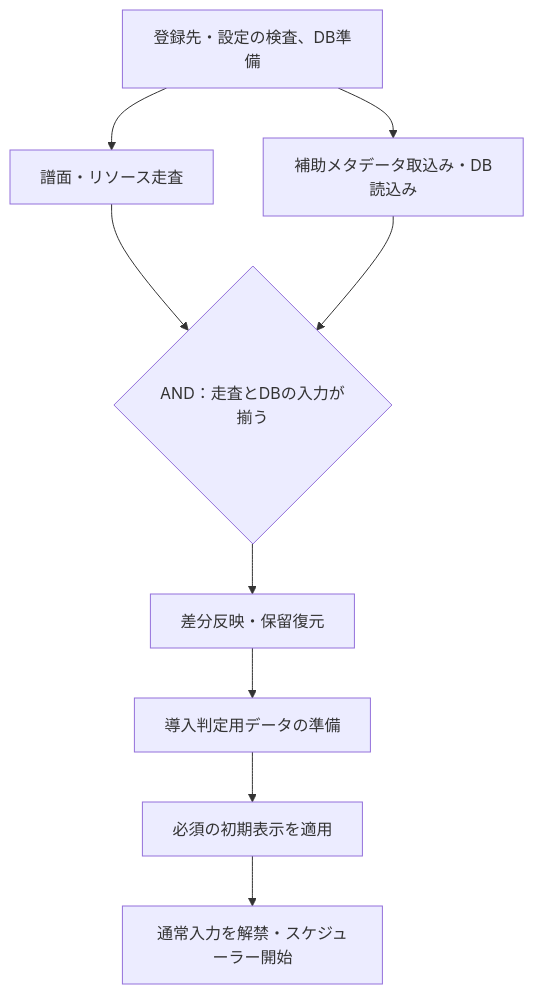
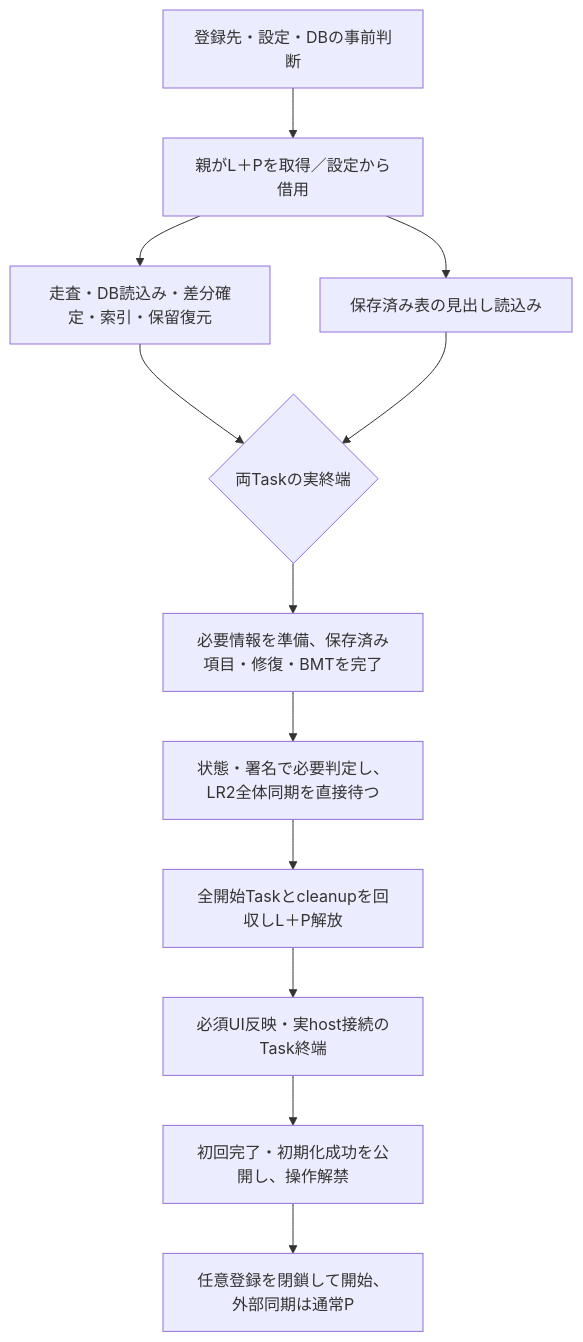
Before and after one commit to Neeted/bemusicseeker-unofficial-fork: the first of 2 diagrams in devdocs/spec/runtime/startup.md, drawn with Mermaid. The commit also changed other lines of this file and 119 other files, not shown here.

````diff
--- a/devdocs/spec/runtime/startup.md
+++ b/devdocs/spec/runtime/startup.md
@@ -36,11 +17,14 @@
 ```mermaid
 flowchart TB
-    Prepare["登録先・設定の検査、DB準備"] --> Scan["譜面・リソース走査"]
-    Prepare --> Load["補助メタデータ取込み・DB読込み"]
-    Scan --> Inputs{"AND：走査とDBの入力が揃う"}
-    Load --> Inputs
-    Inputs --> Apply["差分反映・保留復元"]
-    Apply --> Data["導入判定用データの準備"]
-    Data --> Ui["必須の初期表示を適用"]
-    Ui --> Operable["通常入力を解禁・スケジューラー開始"]
+    Prepare["登録先・設定・DBの事前判断"] --> Parent["親がL＋Pを取得／設定から借用"]
+    Parent --> Files["走査・DB読込み・差分確定・索引・保留復元"]
+    Parent --> Headers["保存済み表の見出し読込み"]
+    Files --> Join{"両Taskの実終端"}
+    Headers --> Join
+    Join --> Outputs["必要情報を準備、保存済み項目・修復・BMTを完了"]
+    Outputs --> Lr2["状態・署名で必要判定し、LR2全体同期を直接待つ"]
+    Lr2 --> Release["全開始Taskとcleanupを回収しL＋P解放"]
+    Release --> Ui["必須UI反映・実host接続のTask終端"]
+    Ui --> Operable["初回完了・初期化成功を公開し、操作解禁"]
+    Operable --> Followup["任意登録を閉鎖して開始、外部同期は通常P"]
 ```
````
